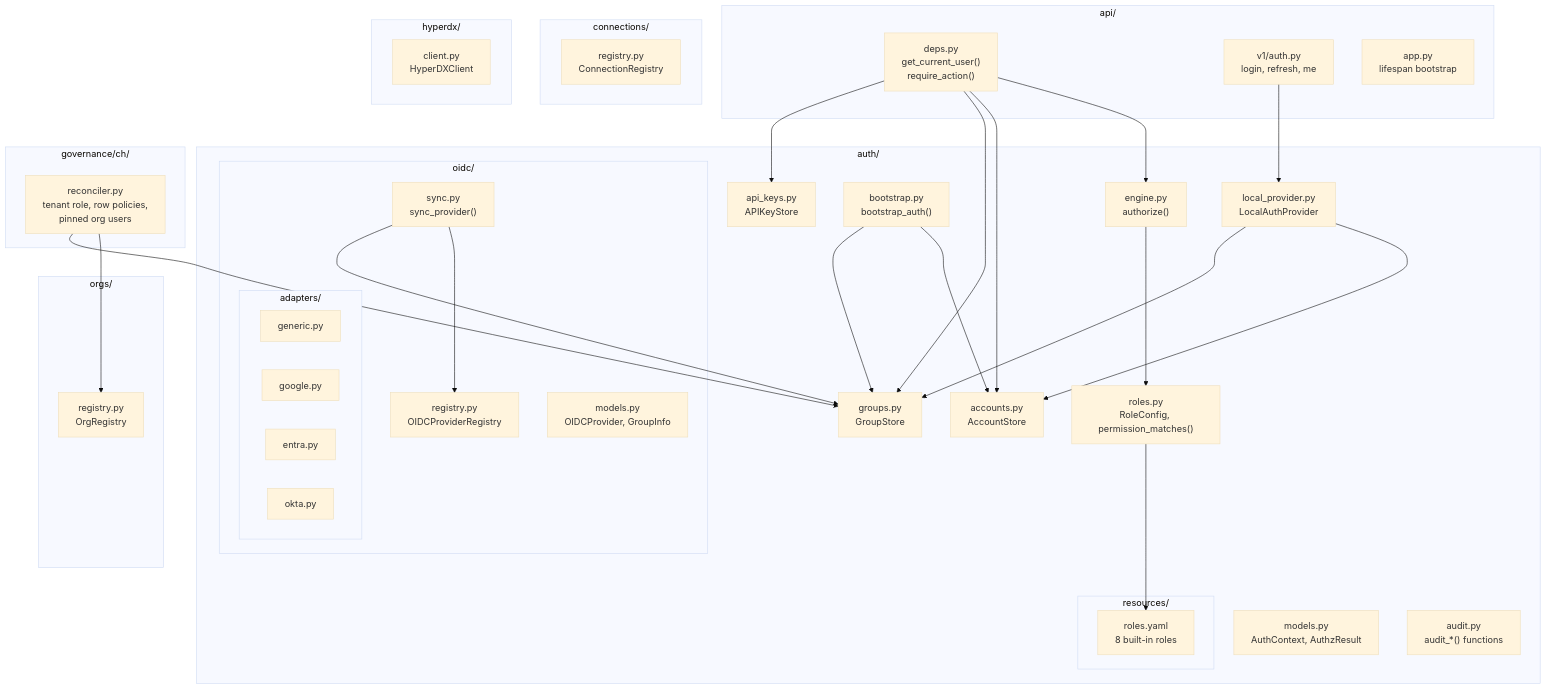
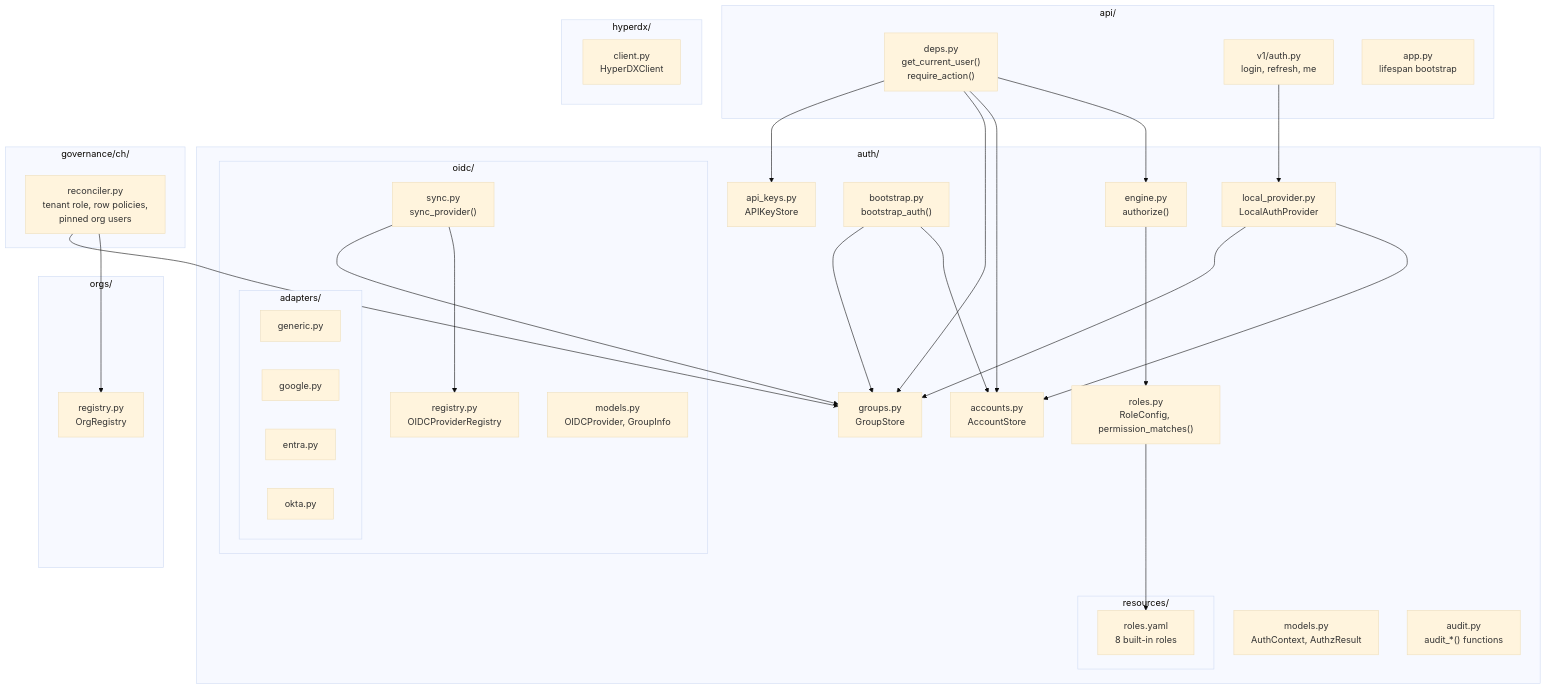
One commit to hyperi-io/dfe-engine changed the eighth of 8 diagrams in docs/control-plane/rbac.md. Above: the diagram before and after it, drawn with Mermaid (base theme). The commit also changed other lines of this file and 67 other files, not shown here.

````diff
--- a/docs/control-plane/rbac.md
+++ b/docs/control-plane/rbac.md
@@ -724,68 +724,64 @@
 ```mermaid
 graph TD
     subgraph "auth/"
         ENGINE["engine.py<br/>authorize()"]
         MODELS["models.py<br/>AuthContext, AuthzResult"]
         ROLES_MOD["roles.py<br/>RoleConfig, permission_matches()"]
         ACCOUNTS["accounts.py<br/>AccountStore"]
         GROUPS["groups.py<br/>GroupStore"]
         APIKEYS["api_keys.py<br/>APIKeyStore"]
         LOCAL["local_provider.py<br/>LocalAuthProvider"]
         BOOT["bootstrap.py<br/>bootstrap_auth()"]
         AUDIT["audit.py<br/>audit_*() functions"]
 
         subgraph "oidc/"
             OIDC_REG["registry.py<br/>OIDCProviderRegistry"]
             OIDC_SYNC["sync.py<br/>sync_provider()"]
             OIDC_MODELS["models.py<br/>OIDCProvider, GroupInfo"]
             subgraph "adapters/"
                 GENERIC_A["generic.py"]
                 GOOGLE_A["google.py"]
                 ENTRA_A["entra.py"]
                 OKTA_A["okta.py"]
             end
         end
 
         subgraph "resources/"
             ROLES_YAML["roles.yaml<br/>8 built-in roles"]
         end
     end
 
     subgraph "api/"
         DEPS["deps.py<br/>get_current_user()<br/>require_action()"]
         AUTH_ROUTER["v1/auth.py<br/>login, refresh, me"]
         APP["app.py<br/>lifespan bootstrap"]
     end
 
-    subgraph "connections/"
-        CONN_REG["registry.py<br/>ConnectionRegistry"]
-    end
-
     subgraph "governance/ch/"
         CH_RBAC["reconciler.py<br/>tenant role, row policies,<br/>pinned org users"]
     end
 
     subgraph "orgs/"
         ORG_REG["registry.py<br/>OrgRegistry"]
     end
 
     subgraph "hyperdx/"
         HDX["client.py<br/>HyperDXClient"]
     end
 
     DEPS --> ENGINE
     DEPS --> ACCOUNTS
     DEPS --> GROUPS
     DEPS --> APIKEYS
     AUTH_ROUTER --> LOCAL
     LOCAL --> ACCOUNTS
     LOCAL --> GROUPS
     ENGINE --> ROLES_MOD
     ROLES_MOD --> ROLES_YAML
     BOOT --> ACCOUNTS
     BOOT --> GROUPS
     OIDC_SYNC --> OIDC_REG
     OIDC_SYNC --> GROUPS
     CH_RBAC --> ORG_REG
     CH_RBAC --> GROUPS
 ```
````
